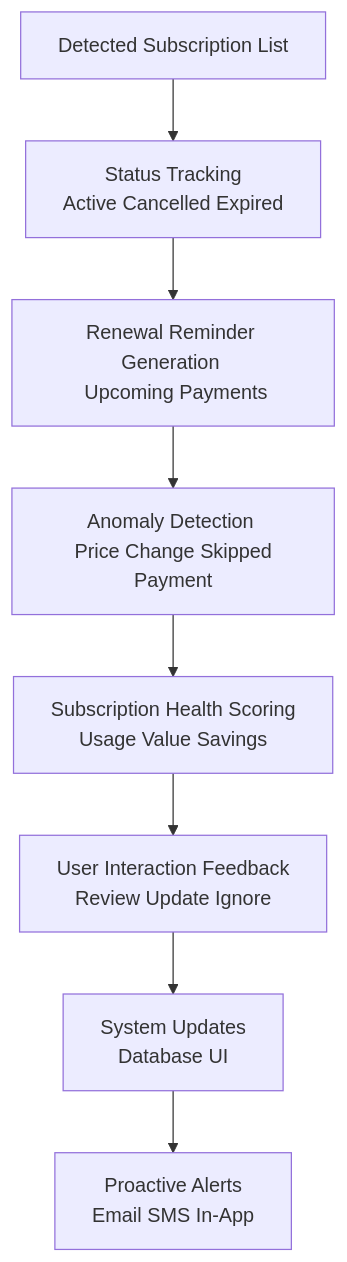
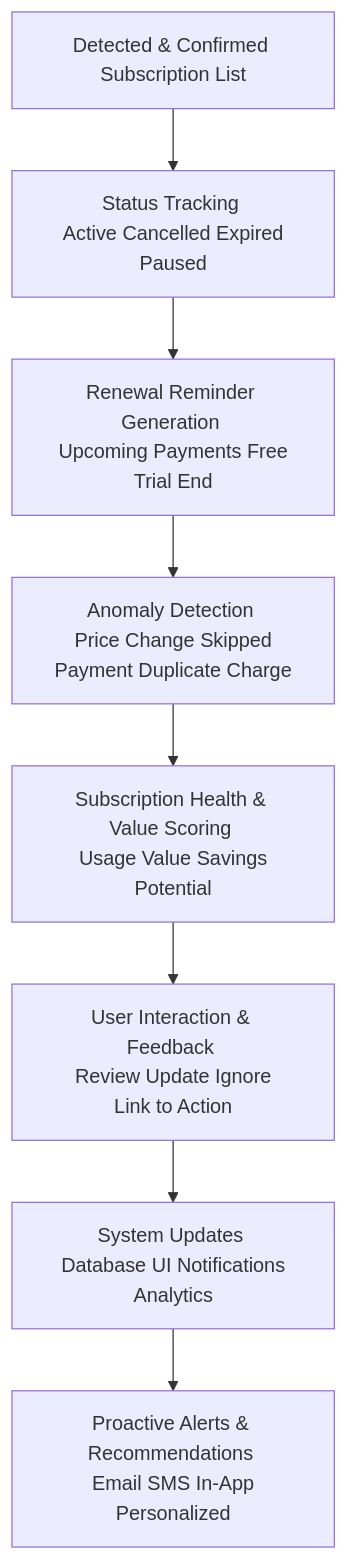
One commit to diplomat-bit/Citibank_Demo_Business_Inc_Demonstration- changed the sixth of 10 diagrams in inventions/006_ai_subscription_detection.md. Above: the diagram before and after it, drawn with Mermaid. The commit also changed other lines of this file, not shown here.

Commit message:
[AI] Edit: inventions/006_ai_subscription_detection.md

````diff
--- a/inventions/006_ai_subscription_detection.md
+++ b/inventions/006_ai_subscription_detection.md
@@ -218,10 +221,10 @@
 ```mermaid
 graph TD
-    A[Detected Subscription List] --> B[Status Tracking <br/> Active Cancelled Expired]
-    B --> C[Renewal Reminder Generation <br/> Upcoming Payments]
-    C --> D[Anomaly Detection <br/> Price Change Skipped Payment]
-    D --> E[Subscription Health Scoring <br/> Usage Value Savings]
-    E --> F[User Interaction Feedback <br/> Review Update Ignore]
-    F --> G[System Updates <br/> Database UI]
-    G --> H[Proactive Alerts <br/> Email SMS In-App]
+    A[Detected & Confirmed Subscription List] --> B[Status Tracking <br/> Active Cancelled Expired Paused]
+    B --> C[Renewal Reminder Generation <br/> Upcoming Payments Free Trial End]
+    C --> D[Anomaly Detection <br/> Price Change Skipped Payment Duplicate Charge]
+    D --> E[Subscription Health & Value Scoring <br/> Usage Value Savings Potential]
+    E --> F[User Interaction & Feedback <br/> Review Update Ignore Link to Action]
+    F --> G[System Updates <br/> Database UI Notifications Analytics]
+    G --> H[Proactive Alerts & Recommendations <br/> Email SMS In-App Personalized]
 ```
````
